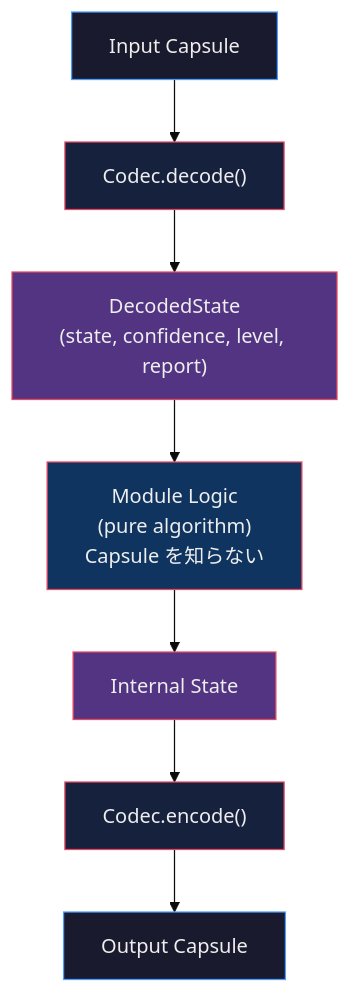
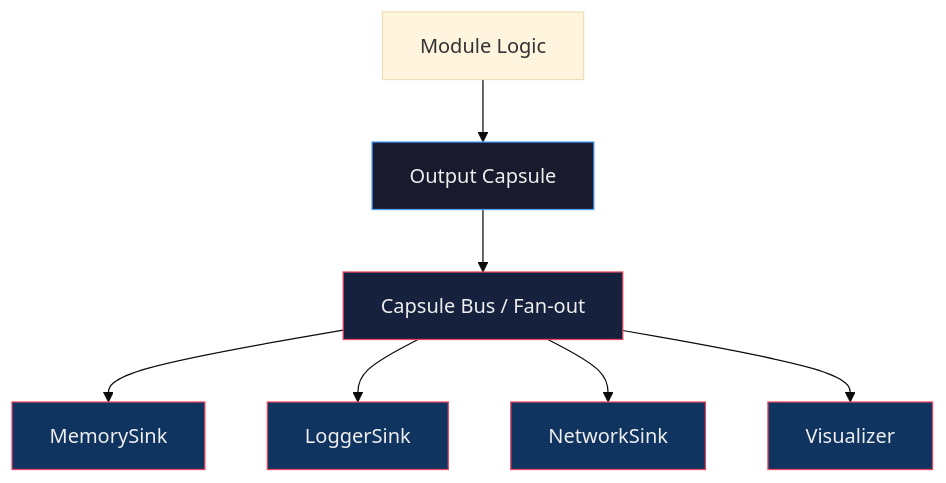
Before and after one commit to kishimoto-void/PLP: the diagram in ARCHITECTURE.md, drawn with Mermaid (base theme). The commit also changed other lines of this file and 1 other file, not shown here.

First line of the commit message:
Architecture: reorganize into core / runtime / modules / io layers

````diff
--- a/ARCHITECTURE.md
+++ b/ARCHITECTURE.md
@@ -39,17 +113,16 @@
 ```mermaid
 flowchart TD
-    C_in["Input Capsule"] --> DEC["Codec.decode()"]
-    DEC --> DS["DecodedState\n(state, confidence, level, report)"]
-    DS --> LOGIC["Module Logic\n(pure algorithm)\nCapsule を知らない"]
-    LOGIC --> STATE["Internal State"]
-    STATE --> ENC["Codec.encode()"]
-    ENC --> C_out["Output Capsule"]
+    M[Module Logic] --> C[Output Capsule]
+    C --> BUS[Capsule Bus / Fan-out]
+    BUS --> MS[MemorySink]
+    BUS --> LG[LoggerSink]
+    BUS --> NT[NetworkSink]
+    BUS --> VZ[Visualizer]
 
-    style C_in fill:#1a1a2e,stroke:#4a9eff,color:#eee
-    style C_out fill:#1a1a2e,stroke:#4a9eff,color:#eee
-    style DEC fill:#16213e,stroke:#e94560,color:#eee
-    style ENC fill:#16213e,stroke:#e94560,color:#eee
-    style LOGIC fill:#0f3460,stroke:#e94560,color:#eee
-    style DS fill:#533483,stroke:#e94560,color:#eee
-    style STATE fill:#533483,stroke:#e94560,color:#eee
+    style C fill:#1a1a2e,stroke:#4a9eff,color:#eee
+    style BUS fill:#16213e,stroke:#e94560,color:#eee
+    style MS fill:#0f3460,stroke:#e94560,color:#eee
+    style LG fill:#0f3460,stroke:#e94560,color:#eee
+    style NT fill:#0f3460,stroke:#e94560,color:#eee
+    style VZ fill:#0f3460,stroke:#e94560,color:#eee
 ```
````
